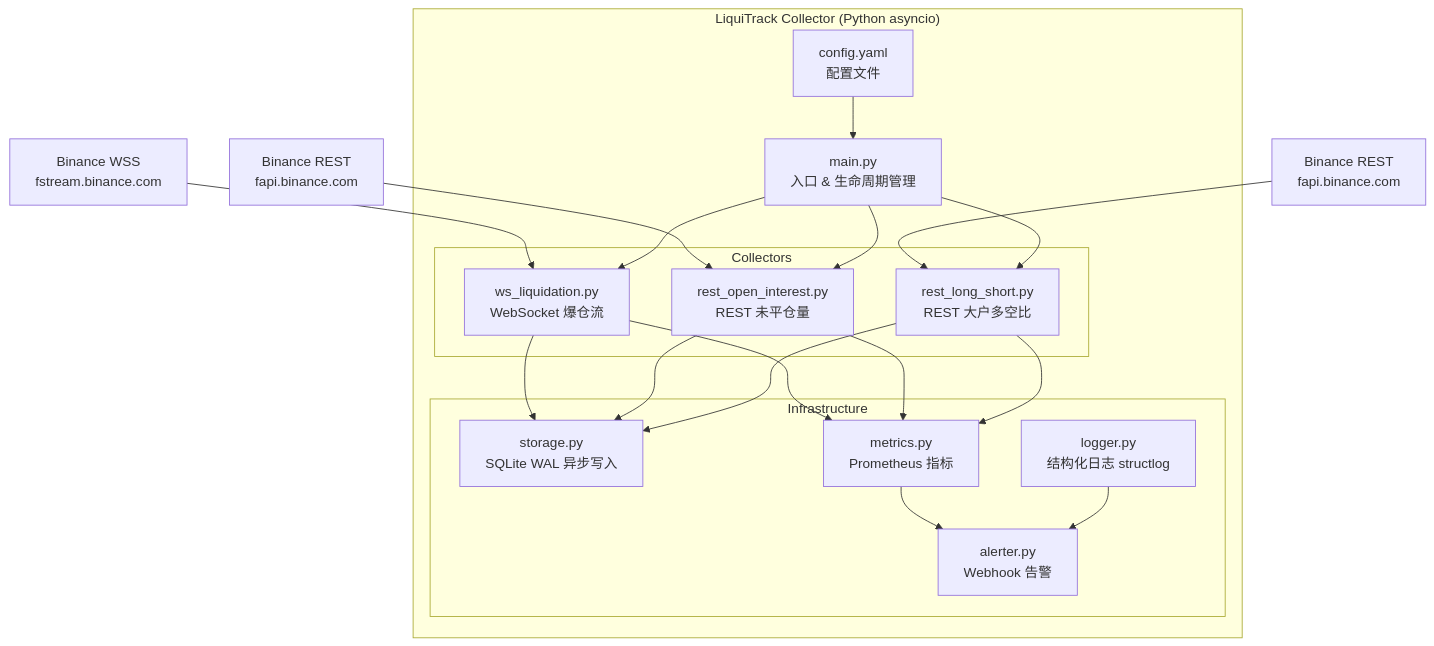
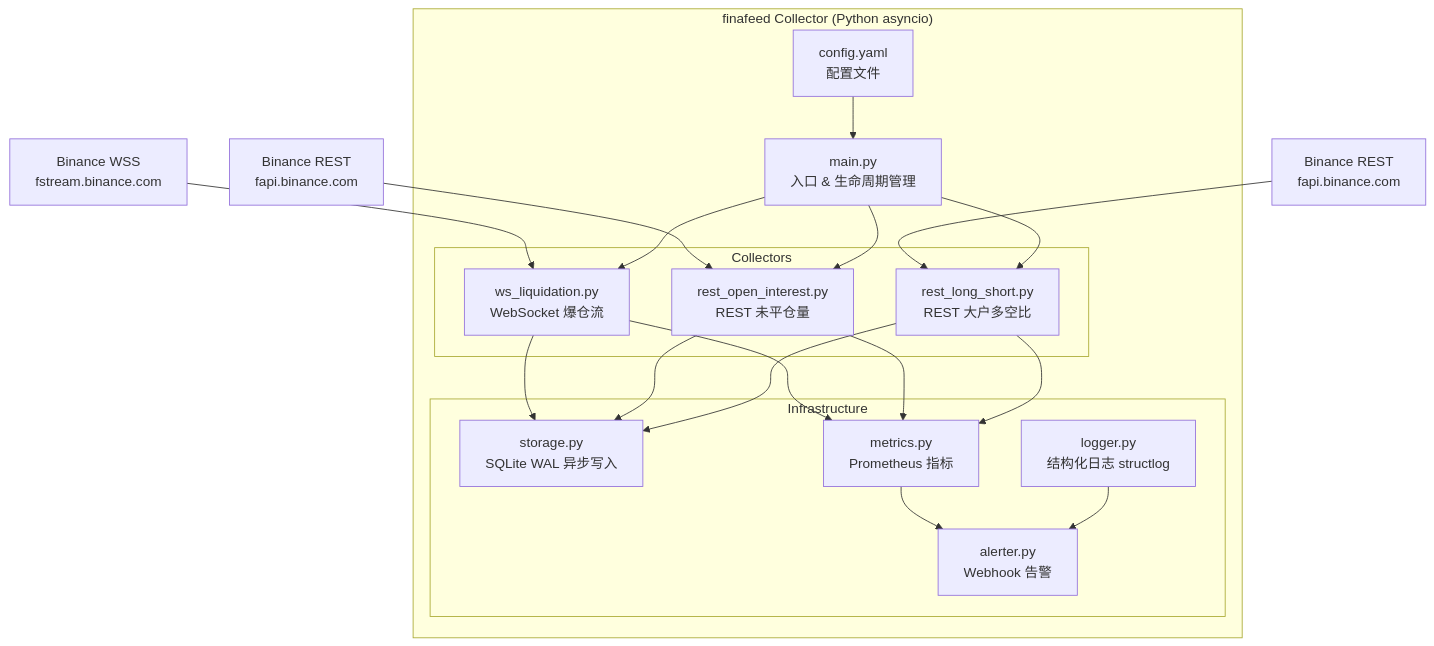
The diagram in docs/implementation_plan.md (draymski/finafeed), drawn with Mermaid before and after one commit. The commit also changed other lines of this file and 24 other files, not shown here.

````diff
--- a/docs/implementation_plan.md
+++ b/docs/implementation_plan.md
@@ -39,40 +41,40 @@
 ```mermaid
 graph TB
-    subgraph "LiquiTrack Collector (Python asyncio)"
+    subgraph "finafeed Collector (Python asyncio)"
         M["main.py<br/>入口 & 生命周期管理"]
         CFG["config.yaml<br/>配置文件"]
-        
+
         subgraph "Collectors"
             WS["ws_liquidation.py<br/>WebSocket 爆仓流"]
             OI["rest_open_interest.py<br/>REST 未平仓量"]
             LS["rest_long_short.py<br/>REST 大户多空比"]
         end
-        
+
         subgraph "Infrastructure"
             DB["storage.py<br/>SQLite WAL 异步写入"]
             LOG["logger.py<br/>结构化日志 structlog"]
             MET["metrics.py<br/>Prometheus 指标"]
             ALT["alerter.py<br/>Webhook 告警"]
         end
     end
 
     B1["Binance WSS<br/>fstream.binance.com"] --> WS
     B2["Binance REST<br/>fapi.binance.com"] --> OI
     B3["Binance REST<br/>fapi.binance.com"] --> LS
 
     WS --> DB
     OI --> DB
     LS --> DB
-    
+
     WS --> MET
     OI --> MET
     LS --> MET
-    
+
     MET --> ALT
     LOG --> ALT
 
     CFG --> M
     M --> WS
     M --> OI
     M --> LS
 ```
````
